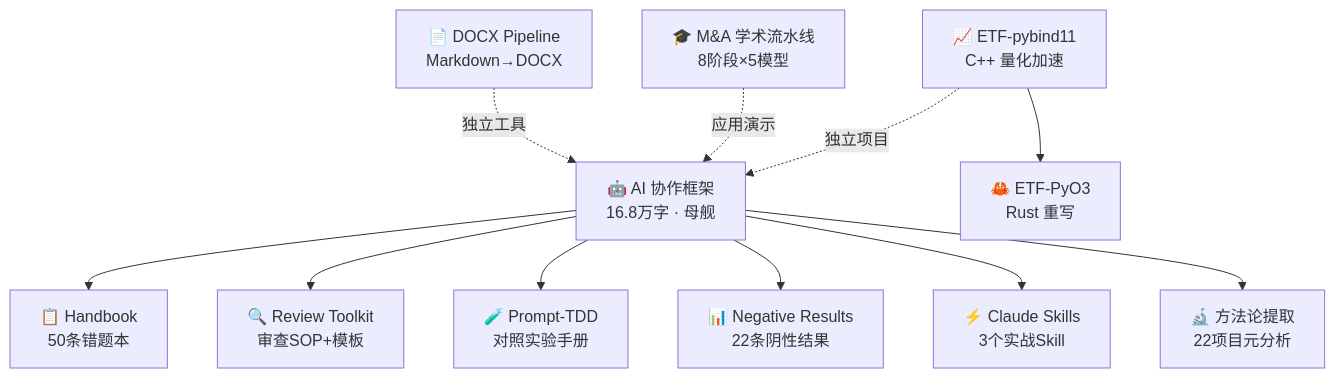
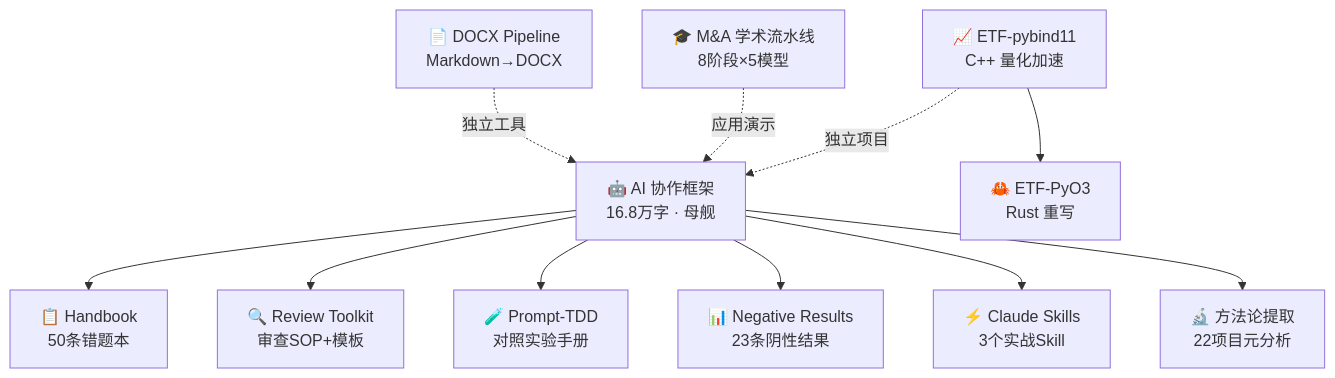
Before and after one commit to redamancy231-create/redamancy231-create: the diagram in README.md, drawn with Mermaid. The commit also changed other lines of this file, not shown here.

Commit message:
docs: update negative-results-registry entry count 22→23

````diff
--- a/README.md
+++ b/README.md
@@ -48,14 +48,14 @@
 ```mermaid
 graph TB
     F["🤖 AI 协作框架<br/>16.8万字 · 母舰"]
     F --> H["📋 Handbook<br/>50条错题本"]
     F --> R["🔍 Review Toolkit<br/>审查SOP+模板"]
     F --> P["🧪 Prompt-TDD<br/>对照实验手册"]
-    F --> N["📊 Negative Results<br/>22条阴性结果"]
+    F --> N["📊 Negative Results<br/>23条阴性结果"]
     F --> S["⚡ Claude Skills<br/>3个实战Skill"]
     F --> M["🔬 方法论提取<br/>22项目元分析"]
     D["📄 DOCX Pipeline<br/>Markdown→DOCX"] -.->|独立工具| F
     A["🎓 M&A 学术流水线<br/>8阶段×5模型"] -.->|应用演示| F
     Q["📈 ETF-pybind11<br/>C++ 量化加速"] -.->|独立项目| F
     Q --> E["🦀 ETF-PyO3<br/>Rust 重写"]
 ```
````
